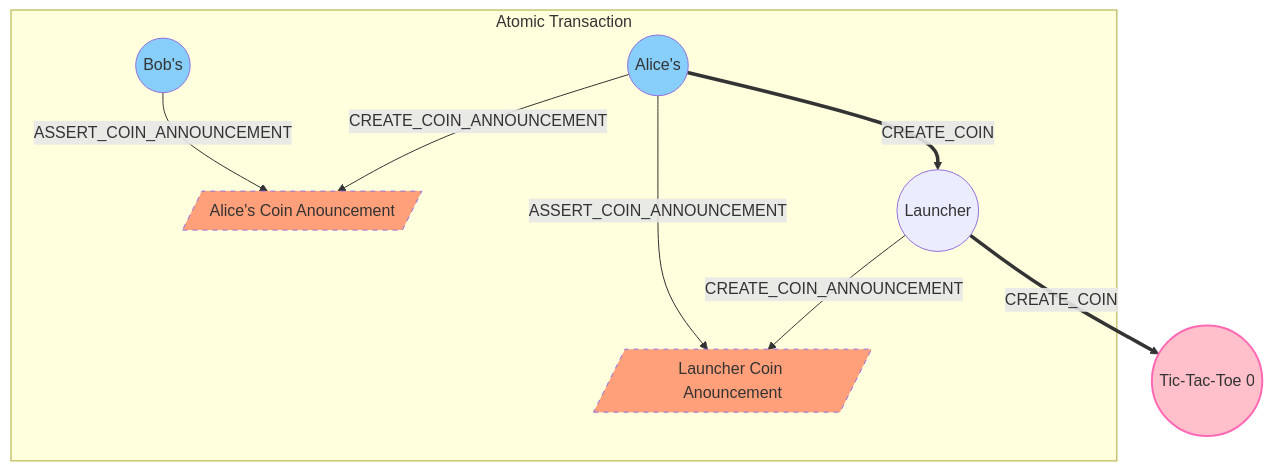
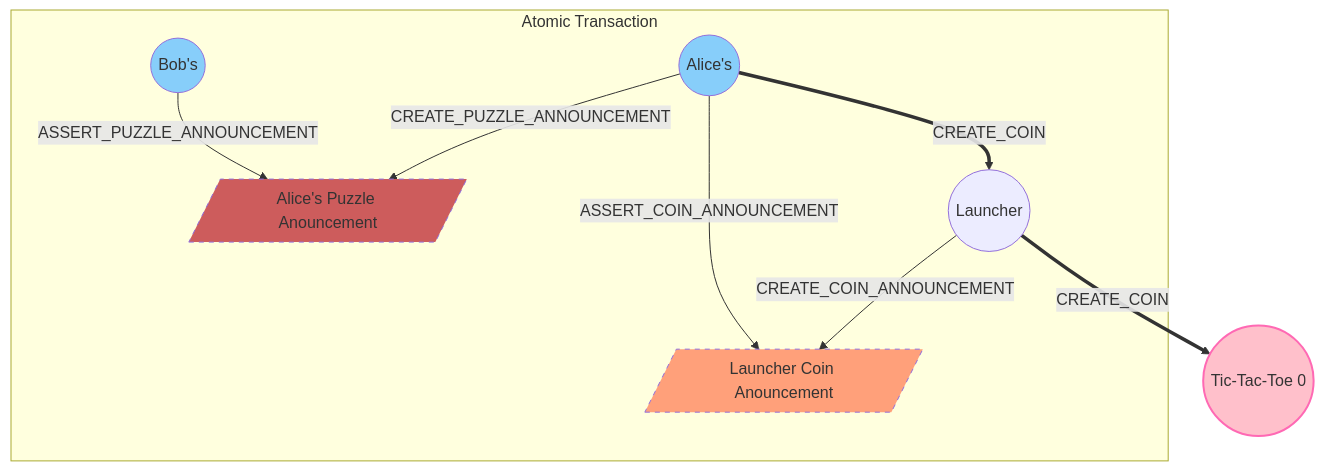
The third of 3 diagrams in README.md (kimsk/chia-tic-tac-toe), drawn with Mermaid before and after one commit. The commit also changed other lines of this file and 6 other files, not shown here.

Commit message:
Waiting Room Puzzle -- v4 -- ASSERT_PUZZLE_ANNOUNCEMENT

````diff
--- a/README.md
+++ b/README.md
@@ -132,14 +128,15 @@
 ```mermaid
 flowchart TB
     classDef waiting_room fill:#87CEFA; 
     classDef coin_announcement fill:#FFA07A, stroke-dasharray: 5 5;
+    classDef puzzle_announcement fill:#CD5C5C, stroke-dasharray: 5 5;
     subgraph Atomic Transaction
-        a((Alice's)):::waiting_room-->|CREATE_COIN_ANNOUNCEMENT|aca[/Alice's Coin Anouncement/]:::coin_announcement
-        b((Bob's)):::waiting_room-->|ASSERT_COIN_ANNOUNCEMENT|aca
+        a((Alice's)):::waiting_room-->|CREATE_PUZZLE_ANNOUNCEMENT|aca[/Alice's Puzzle Anouncement/]:::puzzle_announcement
+        b((Bob's)):::waiting_room-->|ASSERT_PUZZLE_ANNOUNCEMENT|aca
         a==>|CREATE_COIN|l((Launcher))
         l-->|CREATE_COIN_ANNOUNCEMENT|lca[/Launcher Coin Anouncement/]:::coin_announcement
         a-->|ASSERT_COIN_ANNOUNCEMENT|lca
     end
     style t0 fill:#FFC0CB,stroke:#FF69B4,stroke-width:2px
     l==>|CREATE_COIN|t0((Tic-Tac-Toe 0))
 ```
````
